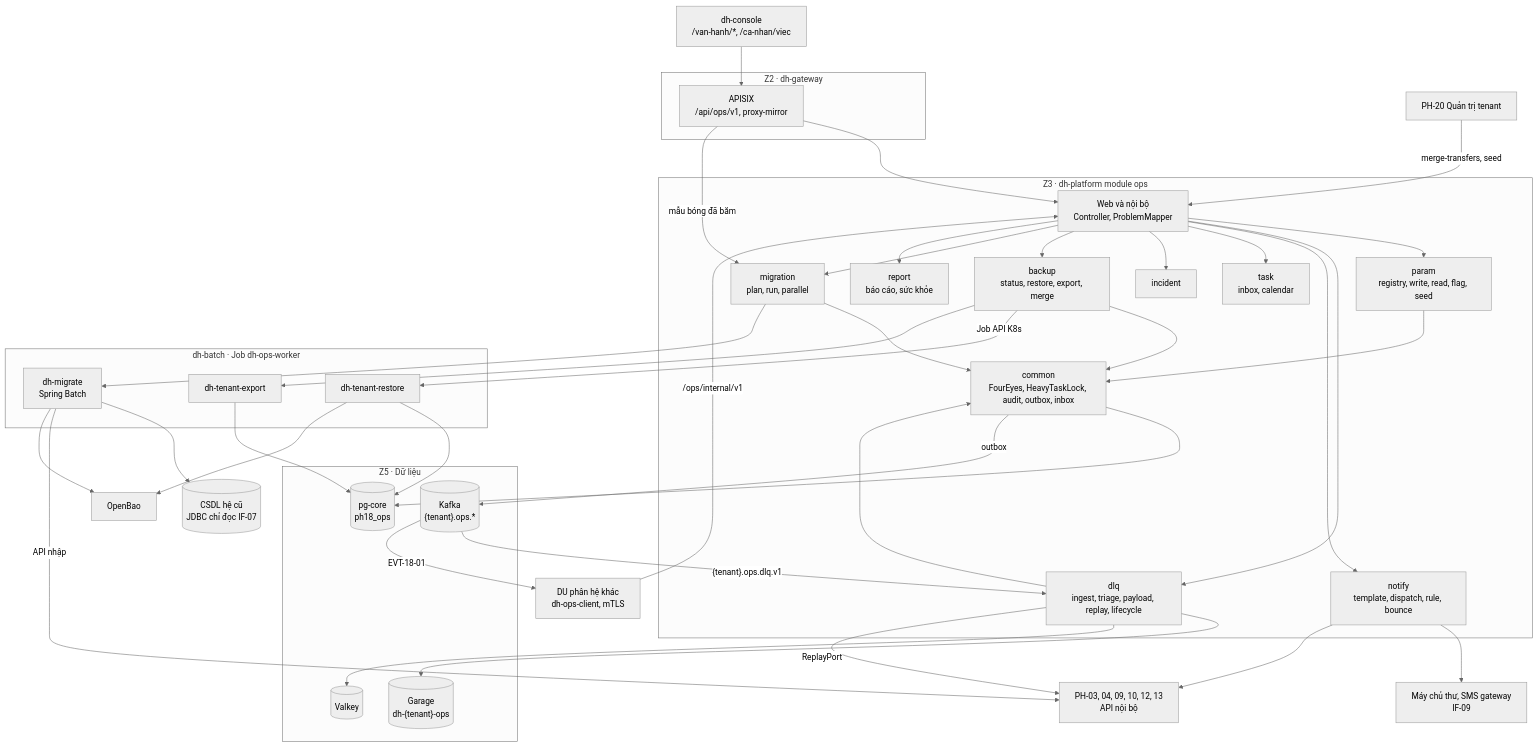
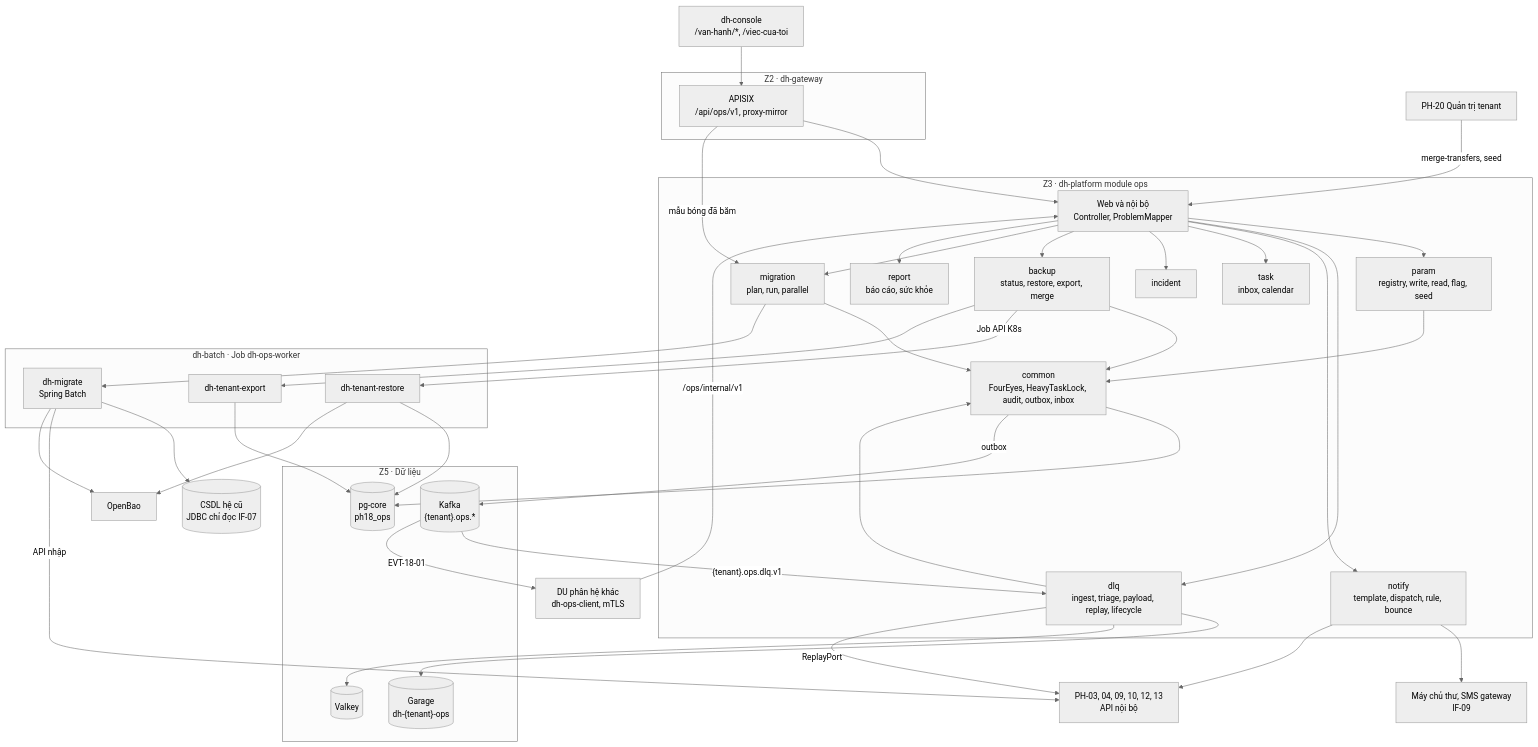
One commit to caprocute/DATAHUB changed the first of 21 diagrams in datahub-docs/03-thiet-ke/sdd/D03-02-PH18-sdd-van-hanh.md. Above: the diagram before and after it, drawn with Mermaid (neutral theme). The commit also changed other lines of this file and 33 other files, not shown here.

````diff
--- a/datahub-docs/03-thiet-ke/sdd/D03-02-PH18-sdd-van-hanh.md
+++ b/datahub-docs/03-thiet-ke/sdd/D03-02-PH18-sdd-van-hanh.md
@@ -109,70 +109,70 @@
 ```{.mermaid caption="Sơ đồ thành phần C4 mức 3 của PH-18 trong dh-platform và dh-batch"}
 flowchart TB
-  CON["dh-console<br/>/van-hanh/*, /ca-nhan/viec"]
+  CON["dh-console<br/>/van-hanh/*, /viec-cua-toi"]
   PHX["DU phân hệ khác<br/>dh-ops-client, mTLS"]
   P20["PH-20 Quản trị tenant"]
   subgraph Z2["Z2 · dh-gateway"]
     AX["APISIX<br/>/api/ops/v1, proxy-mirror"]
   end
   subgraph Z3["Z3 · dh-platform module ops"]
     WEB["Web và nội bộ<br/>Controller, ProblemMapper"]
     PRM["param<br/>registry, write, read, flag, seed"]
     DLQ["dlq<br/>ingest, triage, payload, replay, lifecycle"]
     NTF["notify<br/>template, dispatch, rule, bounce"]
     TSK["task<br/>inbox, calendar"]
     INC["incident"]
     BAK["backup<br/>status, restore, export, merge"]
     MIG["migration<br/>plan, run, parallel"]
     RPT["report<br/>báo cáo, sức khỏe"]
     CMN["common<br/>FourEyes, HeavyTaskLock, audit, outbox, inbox"]
   end
   subgraph BAT["dh-batch · Job dh-ops-worker"]
     RST["dh-tenant-restore"]
     EXP["dh-tenant-export"]
     MGR["dh-migrate<br/>Spring Batch"]
   end
   subgraph Z5["Z5 · Dữ liệu"]
     PG[("pg-core<br/>ph18_ops")]
     KF[("Kafka<br/>{tenant}.ops.*")]
     GR[("Garage<br/>dh-{tenant}-ops")]
     VK[("Valkey")]
   end
   OB["OpenBao"]
   MAIL["Máy chủ thư, SMS gateway<br/>IF-09"]
   LEG[("CSDL hệ cũ<br/>JDBC chỉ đọc IF-07")]
   NB["PH-03, 04, 09, 10, 12, 13<br/>API nội bộ"]
   CON --> AX --> WEB
   PHX -->|"/ops/internal/v1"| WEB
   P20 -->|"merge-transfers, seed"| WEB
   WEB --> PRM
   WEB --> DLQ
   WEB --> NTF
   WEB --> TSK
   WEB --> INC
   WEB --> BAK
   WEB --> MIG
   WEB --> RPT
   PRM --> CMN
   DLQ --> CMN
   BAK --> CMN
   MIG --> CMN
   CMN --> PG
   CMN -->|outbox| KF
   KF -->|"{tenant}.ops.dlq.v1"| DLQ
   KF -->|"EVT-18-01"| PHX
   DLQ --> GR
   DLQ --> VK
   DLQ -->|"ReplayPort"| NB
   NTF --> MAIL
   NTF --> NB
   BAK -->|"Job API K8s"| RST
   BAK --> EXP
   MIG --> MGR
   MGR --> LEG
   MGR -->|"API nhập"| NB
   RST --> PG
   EXP --> PG
   RST --> OB
   MGR --> OB
   AX -->|"mẫu bóng đã băm"| MIG
 ```
````
